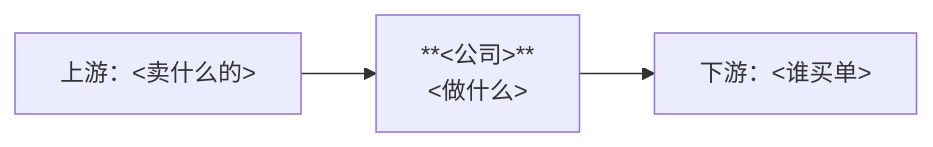
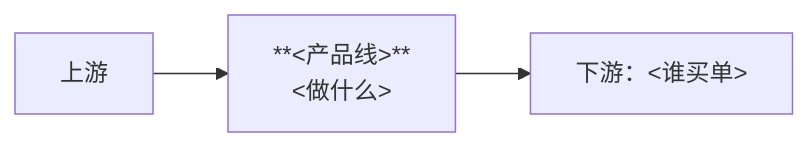
One commit to iRyantik/buy-side-research-skills changed the diagram in plugins/buy-side-research-skills/skills/stock-quickread/SKILL.md. Above: the diagram before and after it, drawn with Mermaid. The commit also changed other lines of this file, not shown here.

````diff
--- a/plugins/buy-side-research-skills/skills/stock-quickread/SKILL.md
+++ b/plugins/buy-side-research-skills/skills/stock-quickread/SKILL.md
@@ -57,4 +68,4 @@
 ```mermaid
 flowchart LR
-    A[上游：<卖什么的>] --> B[**<公司>**<br/><做什么>] --> C[下游：<谁买单>]
+    A[上游] --> B[**<产品线>**<br/><做什么>] --> C[下游：<谁买单>]
 ```
````
